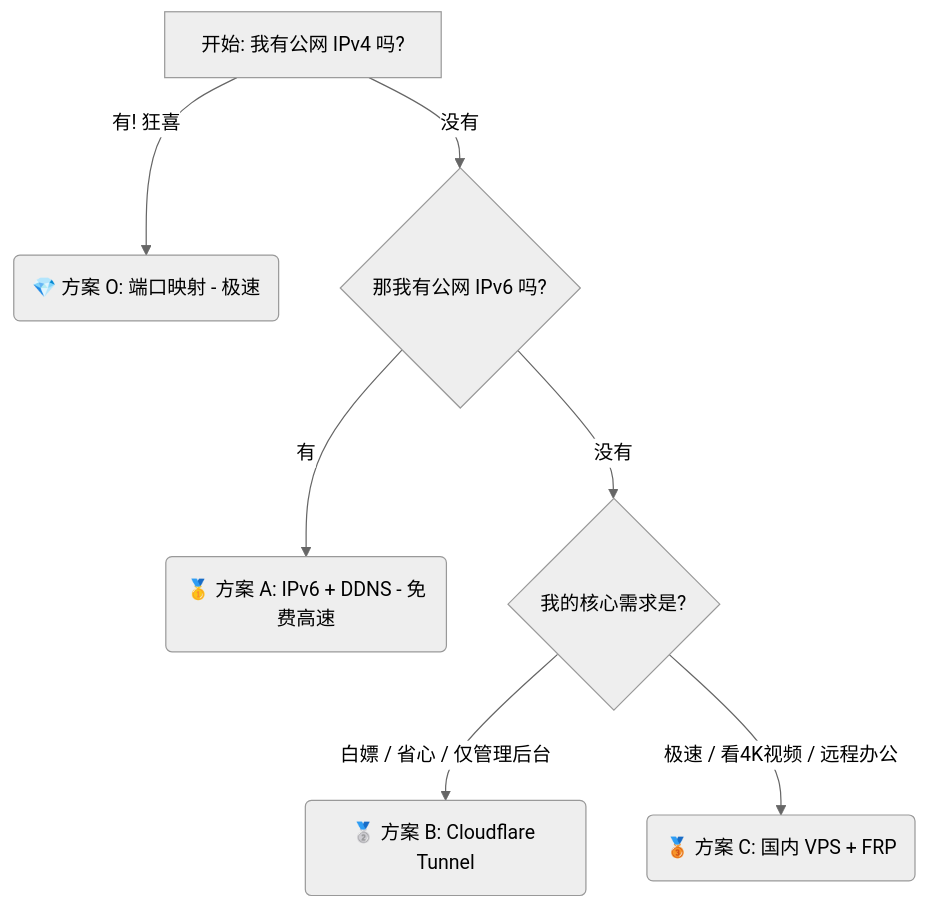
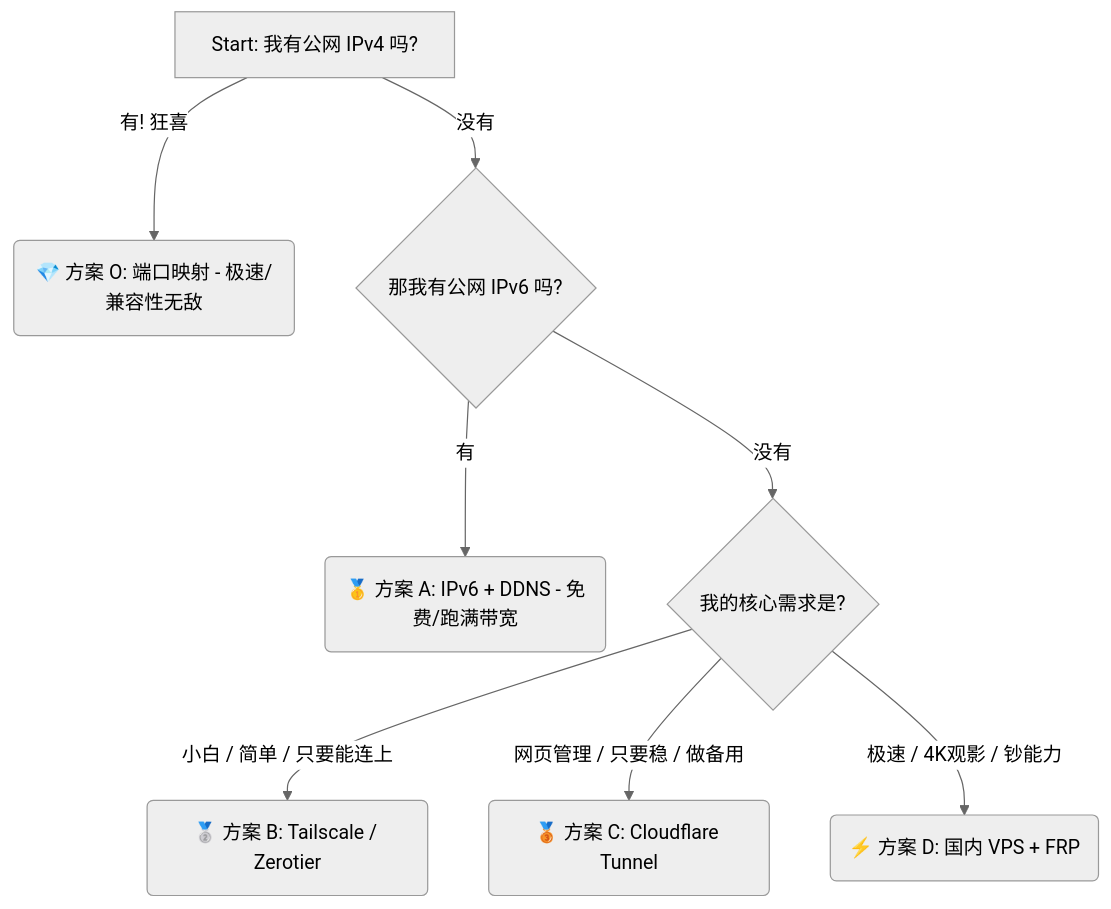
One commit to jyma/Awesome-NAS-Guide changed the diagram in docs/02-network.md. Above: the diagram before and after it, drawn with Mermaid (neutral theme).

Commit message:
docs📝: update network

````diff
--- a/docs/02-network.md
+++ b/docs/02-network.md
@@ -475,9 +475,10 @@
 ```mermaid
 graph TD
-    A[开始: 我有公网 IPv4 吗?] -->|有! 狂喜| B(💎 方案 O: 端口映射 - 极速)
+    A[Start: 我有公网 IPv4 吗?] -->|有! 狂喜| B(💎 方案 O: 端口映射 - 极速/兼容性无敌)
     A -->|没有| C{那我有公网 IPv6 吗?}
-    C -->|有| D(🥇 方案 A: IPv6 + DDNS - 免费高速)
+    C -->|有| D(🥇 方案 A: IPv6 + DDNS - 免费/跑满带宽)
     C -->|没有| E{我的核心需求是?}
-    E -->|白嫖 / 省心 / 仅管理后台| F(🥈 方案 B: Cloudflare Tunnel)
-    E -->|极速 / 看4K视频 / 远程办公| G(🥉 方案 C: 国内 VPS + FRP)
+    E -->|小白 / 简单 / 只要能连上| F(🥈 方案 B: Tailscale / Zerotier)
+    E -->|网页管理 / 只要稳 / 做备用| G(🥉 方案 C: Cloudflare Tunnel)
+    E -->|极速 / 4K观影 / 钞能力| H(⚡ 方案 D: 国内 VPS + FRP)
 ```
````
